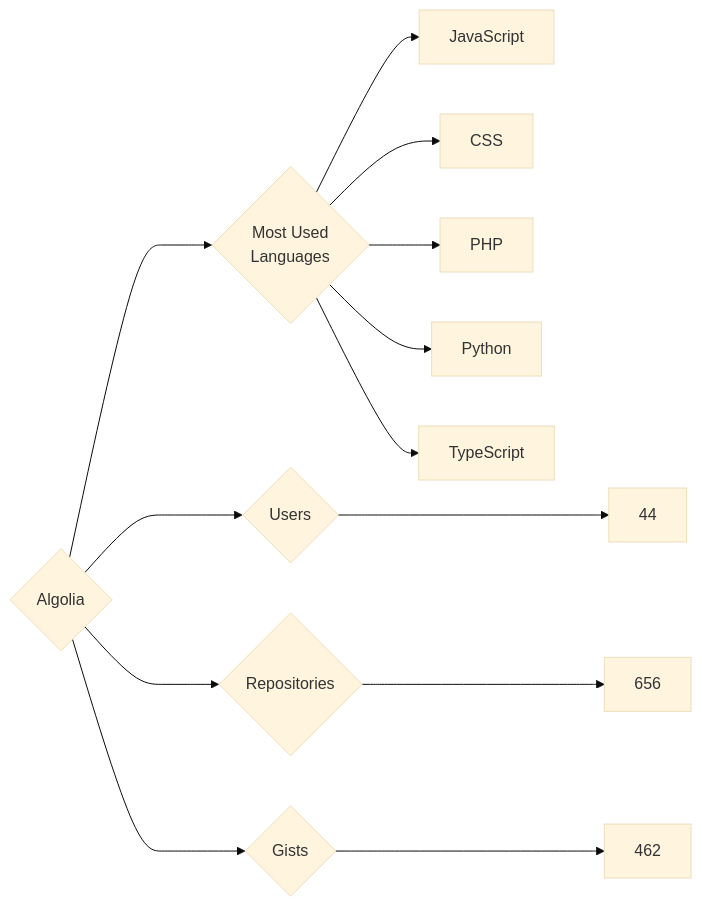
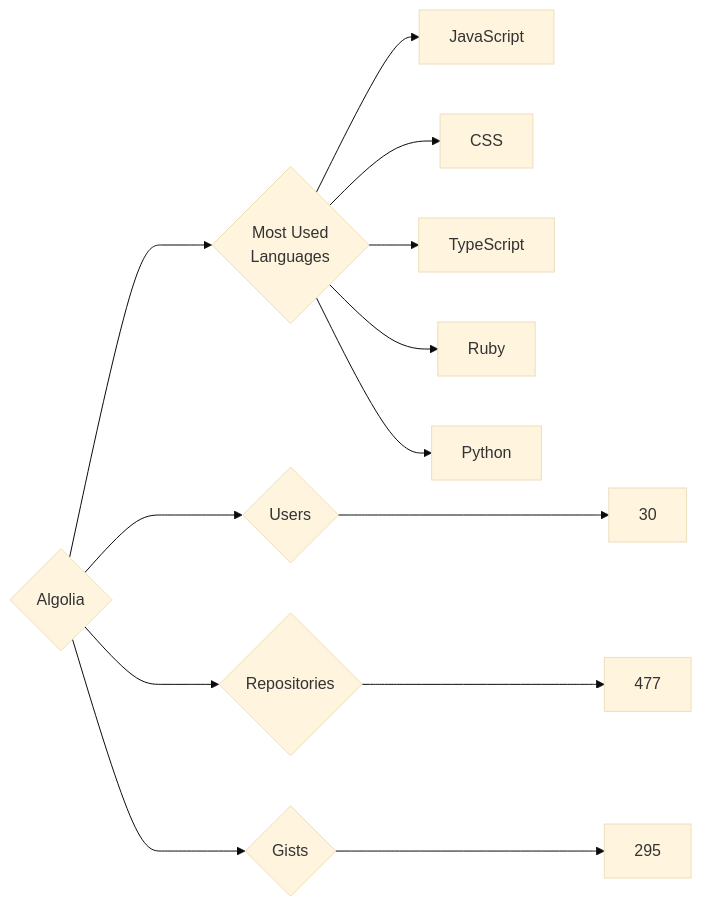
Before and after one commit to trickest/insiders: the diagram in targets/Algolia/README.md, drawn with Mermaid (base theme). The commit also changed 688 other files, not shown here.

````diff
--- a/targets/Algolia/README.md
+++ b/targets/Algolia/README.md
@@ -3,13 +3,13 @@
 ```mermaid
 graph LR
 COMPANY_NAME{Algolia}
-COMPANY_NAME ---> U{Users} ---> UN[44]
-COMPANY_NAME ---> R{Repositories} ---> RN[656]
-COMPANY_NAME ---> G{Gists} ---> GN[462]
+COMPANY_NAME ---> U{Users} ---> UN[30]
+COMPANY_NAME ---> R{Repositories} ---> RN[477]
+COMPANY_NAME ---> G{Gists} ---> GN[295]
 COMPANY_NAME ---> ML{Most Used<br>Languages}
 ML --> JavaScript[JavaScript]
 ML --> CSS[CSS]
-ML --> PHP[PHP]
+ML --> TypeScript[TypeScript]
+ML --> Ruby[Ruby]
 ML --> Python[Python]
-ML --> TypeScript[TypeScript]
 ```
````
